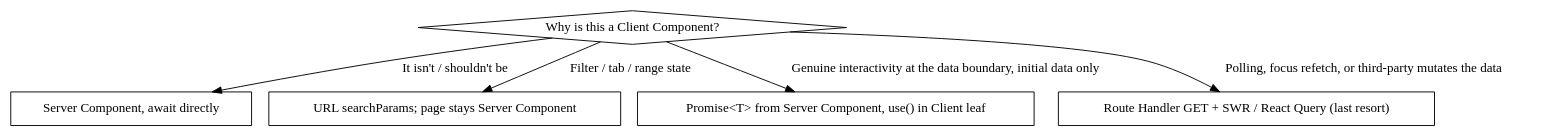
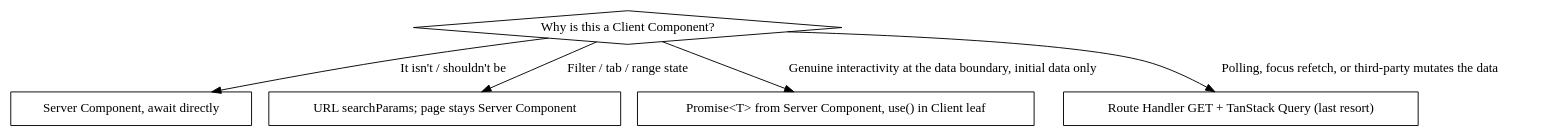
One commit to lukedj78/dev-flow changed the diagram in data-fetching/SKILL.md. Above: the diagram before and after it, drawn with Graphviz. The commit also changed other lines of this file, not shown here.

First line of the commit message:
fix(data-fetching): completa sezione Cache Components + TanStack default + updateTag

````diff
--- a/data-fetching/SKILL.md
+++ b/data-fetching/SKILL.md
@@ -65,14 +65,14 @@
 ```dot
 digraph data_fetching {
   "Why is this a Client Component?" [shape=diamond];
   "Server Component, await directly" [shape=box];
   "URL searchParams; page stays Server Component" [shape=box];
   "Promise<T> from Server Component, use() in Client leaf" [shape=box];
-  "Route Handler GET + SWR / React Query (last resort)" [shape=box];
+  "Route Handler GET + TanStack Query (last resort)" [shape=box];
 
   "Why is this a Client Component?" -> "Server Component, await directly" [label="It isn't / shouldn't be"];
   "Why is this a Client Component?" -> "URL searchParams; page stays Server Component" [label="Filter / tab / range state"];
   "Why is this a Client Component?" -> "Promise<T> from Server Component, use() in Client leaf" [label="Genuine interactivity at the data boundary, initial data only"];
-  "Why is this a Client Component?" -> "Route Handler GET + SWR / React Query (last resort)" [label="Polling, focus refetch, or third-party mutates the data"];
+  "Why is this a Client Component?" -> "Route Handler GET + TanStack Query (last resort)" [label="Polling, focus refetch, or third-party mutates the data"];
 }
 ```
````
